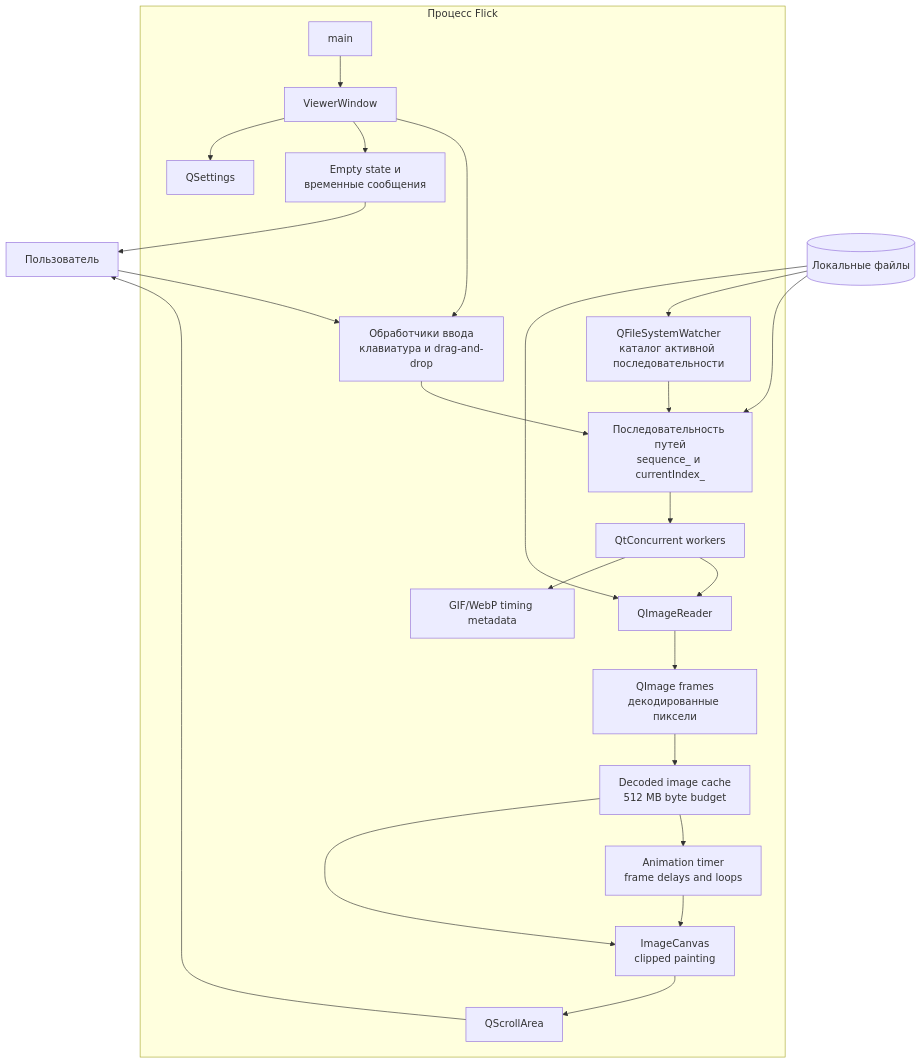
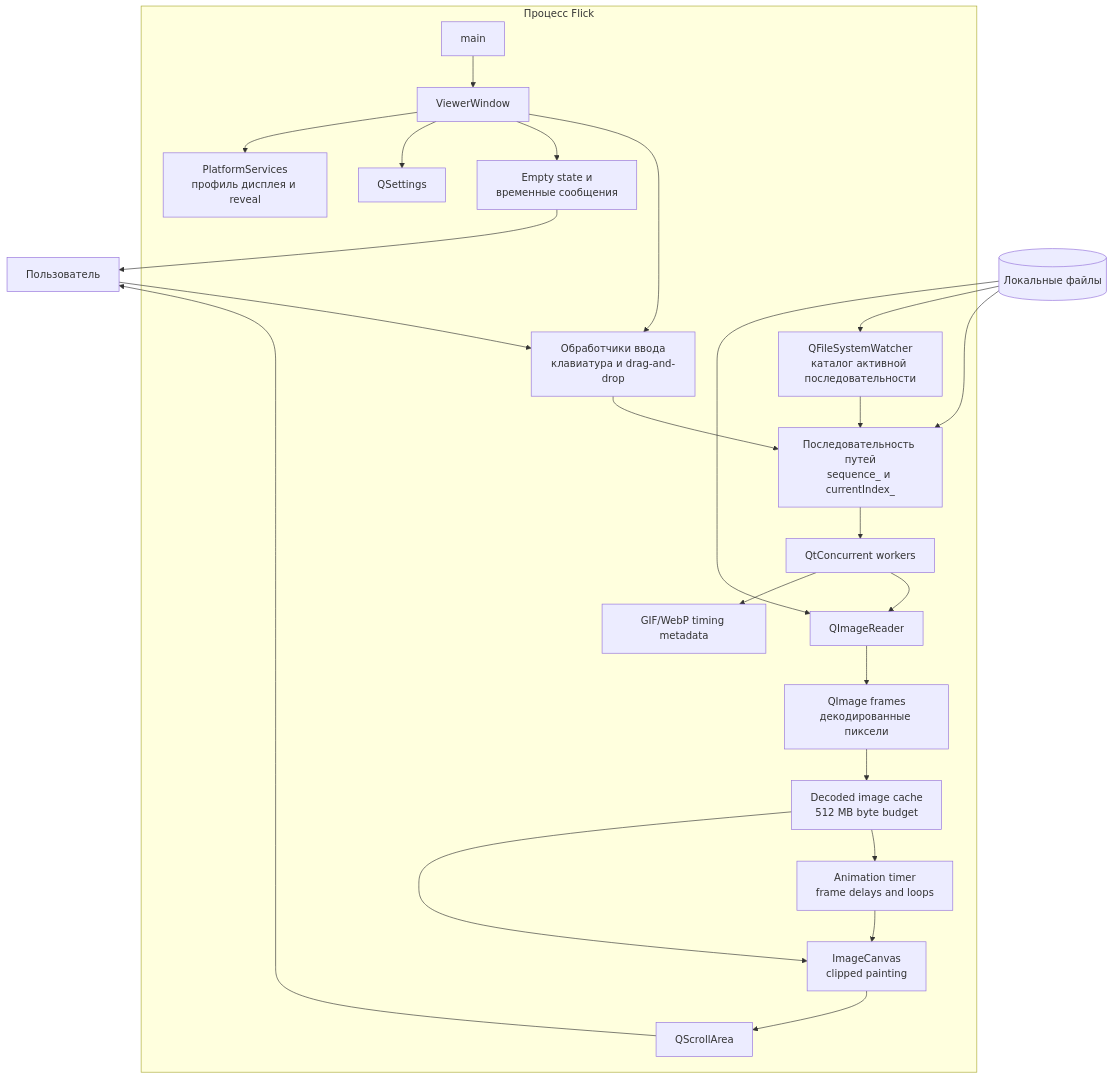
The first of 4 diagrams in docs/architecture.md (Lannselot/Flick), drawn with Mermaid before and after one commit. The commit also changed other lines of this file and 6 other files, not shown here.

````diff
--- a/docs/architecture.md
+++ b/docs/architecture.md
@@ -8,45 +8,47 @@
 ```mermaid
 flowchart TB
     User[Пользователь]
 
     subgraph Flick[Процесс Flick]
         Main[main]
         Window[ViewerWindow]
         Input[Обработчики ввода<br/>клавиатура и drag-and-drop]
         Sequence[Последовательность путей<br/>sequence_ и currentIndex_]
         Watcher[QFileSystemWatcher<br/>каталог активной последовательности]
         Workers[QtConcurrent workers]
         Reader[QImageReader]
         Metadata[GIF/WebP timing metadata]
         Cache[Decoded image cache<br/>512 MB byte budget]
         Image[QImage frames<br/>декодированные пиксели]
         Animation[Animation timer<br/>frame delays and loops]
         Canvas[ImageCanvas<br/>clipped painting]
         Viewport[QScrollArea]
         Feedback[Empty state и<br/>временные сообщения]
         Settings[QSettings]
+        Platform[PlatformServices<br/>профиль дисплея и reveal]
 
         Main --> Window
         Window --> Input
         Input --> Sequence
         Watcher --> Sequence
         Sequence --> Workers
         Workers --> Reader
         Workers --> Metadata
         Reader --> Image
         Image --> Cache
         Cache --> Animation
         Animation --> Canvas
         Cache --> Canvas
         Canvas --> Viewport
         Window --> Feedback
         Window --> Settings
+        Window --> Platform
     end
 
     Files[(Локальные файлы)] --> Sequence
     Files --> Watcher
     Files --> Reader
     User --> Input
     Viewport --> User
     Feedback --> User
 ```
````
